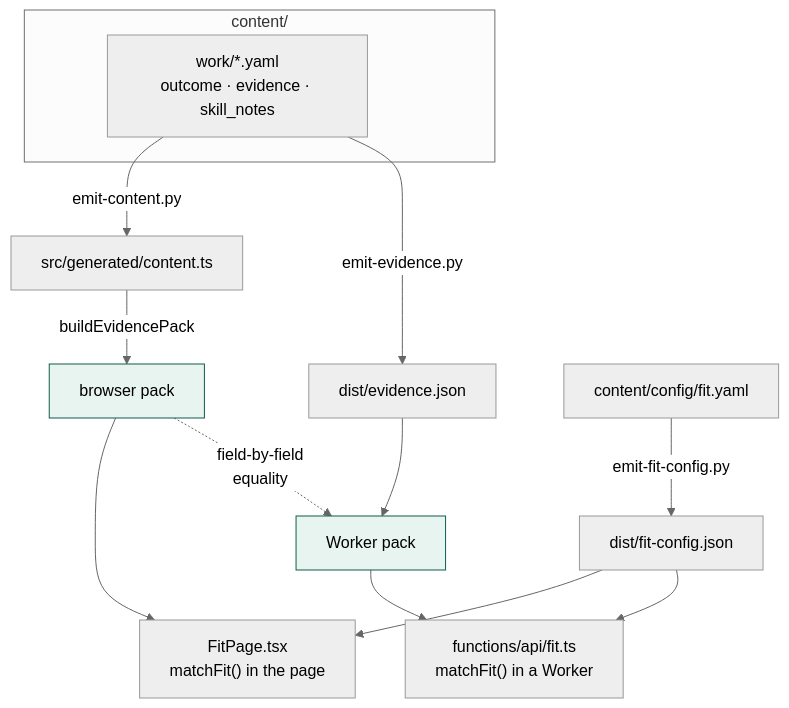
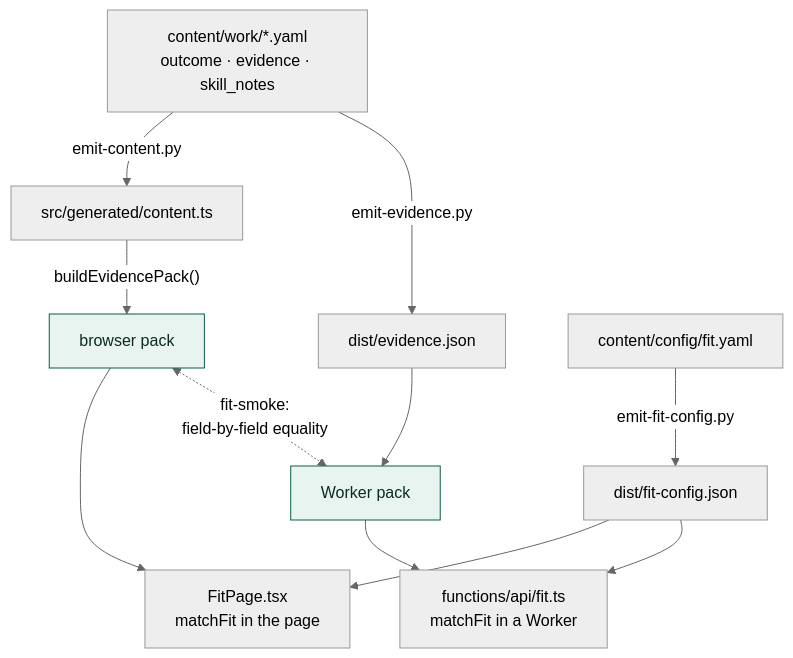
One commit to rolefinder/show-your-work changed the eighth of 14 diagrams in ARCHITECTURE.md. Above: the diagram before and after it, drawn with Mermaid (neutral theme). The commit also changed other lines of this file, not shown here.

````diff
--- a/ARCHITECTURE.md
+++ b/ARCHITECTURE.md
@@ -196,24 +455,22 @@
 ```mermaid
 flowchart TD
-    subgraph SRC["content/"]
-        W["work/*.yaml<br/>outcome · evidence · skill_notes"]
-    end
+    W["content/work/*.yaml<br/>outcome · evidence · skill_notes"]
 
     W -->|emit-content.py| GEN["src/generated/content.ts"]
-    W -->|emit-evidence.py| EJSON["dist/evidence.json"]
+    W -->|emit-evidence.py| EJ["dist/evidence.json"]
 
-    GEN -->|buildEvidencePack| PACK1["browser pack"]
-    EJSON --> PACK2["Worker pack"]
+    GEN -->|"buildEvidencePack()"| P1["browser pack"]
+    EJ --> P2["Worker pack"]
 
-    PACK1 --> BROWSER["FitPage.tsx<br/>matchFit() in the page"]
-    PACK2 --> WORKER["functions/api/fit.ts<br/>matchFit() in a Worker"]
+    CFG["content/config/fit.yaml"] -->|emit-fit-config.py| FJ["dist/fit-config.json"]
 
-    CFG["content/config/fit.yaml"] -->|emit-fit-config.py| FJSON["dist/fit-config.json"]
-    FJSON --> BROWSER
-    FJSON --> WORKER
+    P1 --> BR["FitPage.tsx<br/>matchFit in the page"]
+    P2 --> WK["functions/api/fit.ts<br/>matchFit in a Worker"]
+    FJ --> BR
+    FJ --> WK
 
-    PACK1 -.->|field-by-field<br/>equality| PACK2
+    P1 <-.->|"fit-smoke:<br/>field-by-field equality"| P2
 
-    style PACK1 fill:#e8f4ef,stroke:#0f5c4c
-    style PACK2 fill:#e8f4ef,stroke:#0f5c4c
+    style P1 fill:#e8f4ef,stroke:#0f5c4c,color:#0b2b24
+    style P2 fill:#e8f4ef,stroke:#0f5c4c,color:#0b2b24
 ```
````
